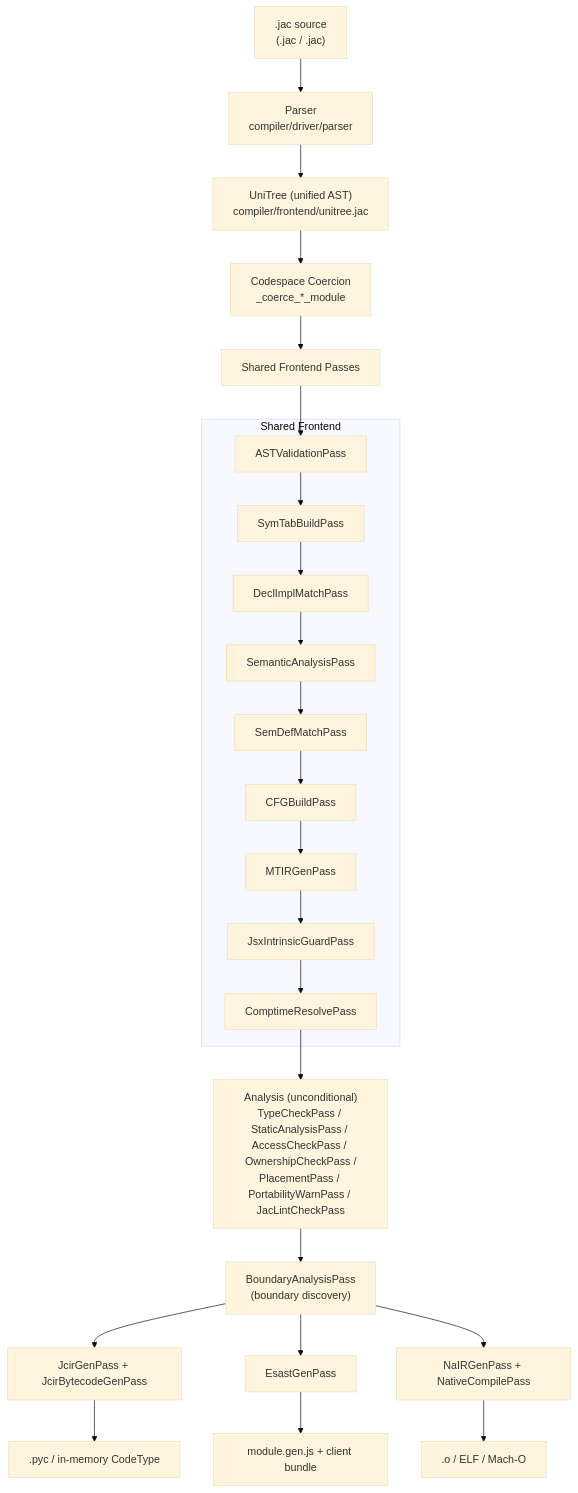
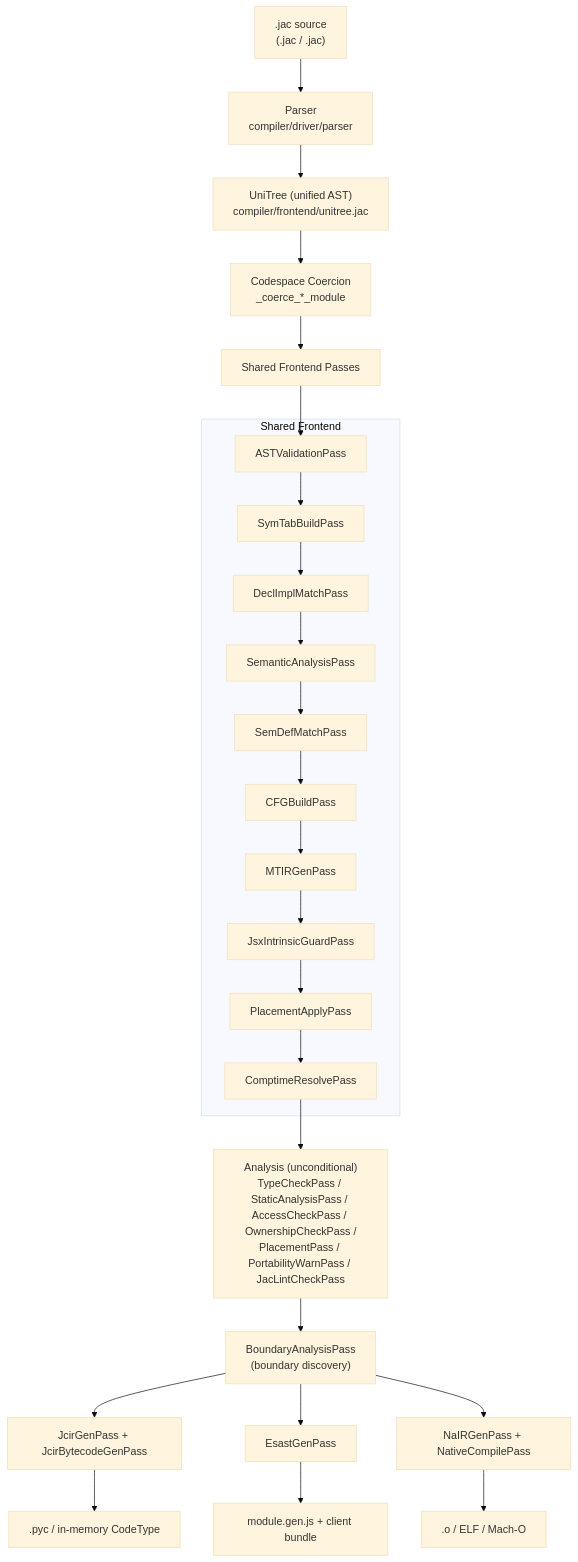
Before and after one commit to jaseci-labs/jac: the second of 3 diagrams in jac/jaclang/cli/docs/internals/compiler_architecture.md, drawn with Mermaid (base theme). The commit also changed other lines of this file and 2 other files, not shown here.

First line of the commit message:
docs(placement): the architecture page, release note and library README describe the design as it runs (#9860)

````diff
--- a/jac/jaclang/cli/docs/internals/compiler_architecture.md
+++ b/jac/jaclang/cli/docs/internals/compiler_architecture.md
@@ -98,30 +98,31 @@
 ```mermaid
 graph TD
     SRC[".jac source<br/>(.jac / .jac)"] --> PARSE[Parser<br/>compiler/driver/parser]
     PARSE --> UNI["UniTree (unified AST)<br/>compiler/frontend/unitree.jac"]
     UNI --> COERCE["Codespace Coercion<br/>_coerce_*_module"]
     COERCE --> FRONTEND[Shared Frontend Passes]
 
     subgraph FRONTEND_PASSES["Shared Frontend"]
         FE1[ASTValidationPass]
         FE2[SymTabBuildPass]
         FE3[DeclImplMatchPass]
         FE4[SemanticAnalysisPass]
         FE5[SemDefMatchPass]
         FE6[CFGBuildPass]
         FE7[MTIRGenPass]
         FE8[JsxIntrinsicGuardPass]
+        FE9[PlacementApplyPass]
         FE10[ComptimeResolvePass]
     end
 
-    FRONTEND --> FE1 --> FE2 --> FE3 --> FE4 --> FE5 --> FE6 --> FE7 --> FE8 --> FE10
+    FRONTEND --> FE1 --> FE2 --> FE3 --> FE4 --> FE5 --> FE6 --> FE7 --> FE8 --> FE9 --> FE10
     FE10 --> TYPECK["Analysis (unconditional)<br/>TypeCheckPass / StaticAnalysisPass / AccessCheckPass / OwnershipCheckPass /<br/>PlacementPass / PortabilityWarnPass / JacLintCheckPass"]
     TYPECK --> INTEROP["BoundaryAnalysisPass<br/>(boundary discovery)"]
     INTEROP --> SV[JcirGenPass + JcirBytecodeGenPass]
     INTEROP --> CL[EsastGenPass]
     INTEROP --> NA[NaIRGenPass + NativeCompilePass]
 
     SV --> SVOUT[".pyc / in-memory CodeType"]
     CL --> CLOUT["module.gen.js + client bundle"]
     NA --> NAOUT[".o / ELF / Mach-O"]
 ```
````
